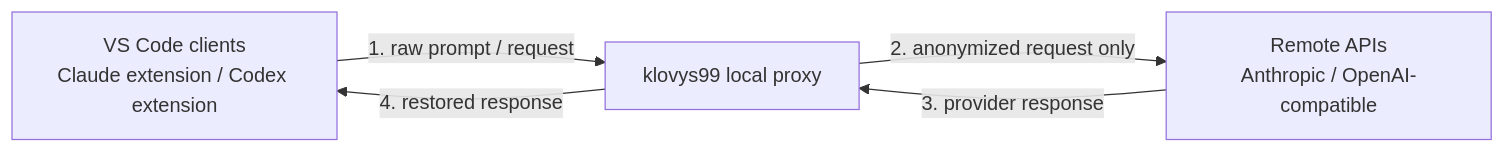
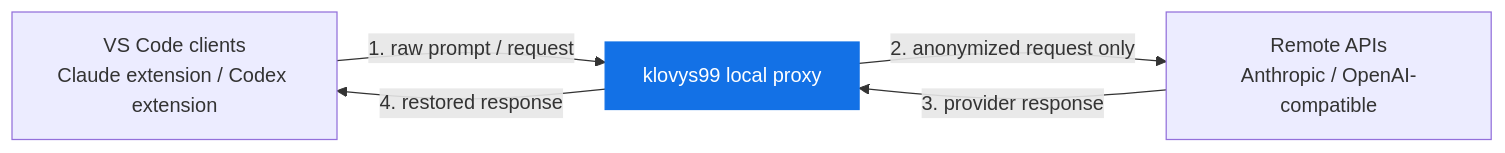
One commit to Korbicorp/klovys99 changed the first of 3 diagrams in README.md. Above: the diagram before and after it, drawn with Mermaid. The commit also changed other lines of this file, not shown here.

Commit message:
refactor: enhance README for clarity and detail on klovys99 functionality

````diff
--- a/README.md
+++ b/README.md
@@ -18,11 +22,14 @@
 ```mermaid
 flowchart LR
     vscode["VS Code clients<br/>Claude extension / Codex extension"]
     proxy["klovys99 local proxy"]
     apis["Remote APIs<br/>Anthropic / OpenAI-compatible"]
 
     vscode -->|"1. raw prompt / request"| proxy
     proxy -->|"2. anonymized request only"| apis
     apis -->|"3. provider response"| proxy
     proxy -->|"4. restored response"| vscode
+
+    classDef klovys fill:#1371E6,stroke:#1371E6,color:#ffffff;
+    class proxy klovys;
 ```
````
